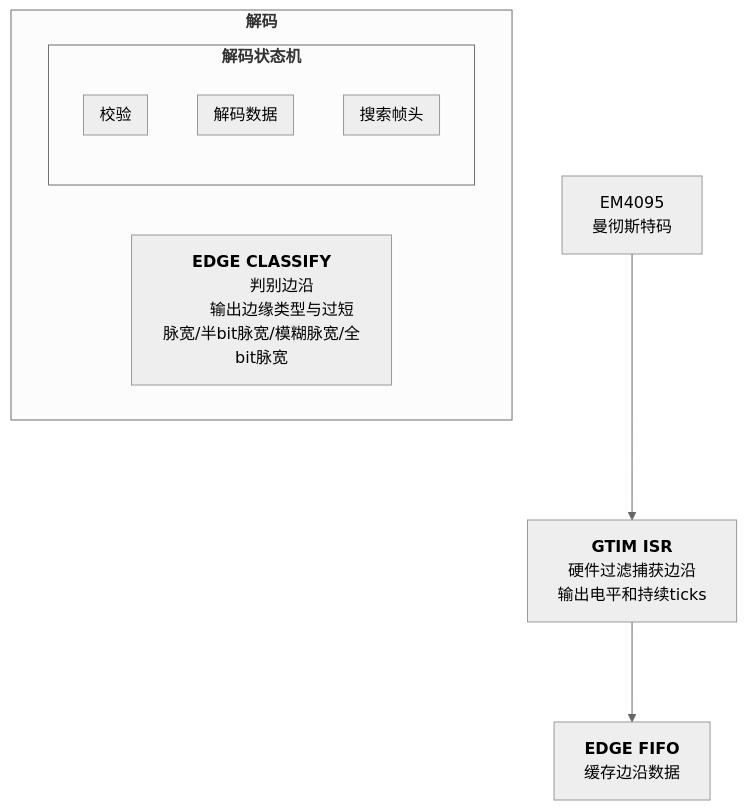
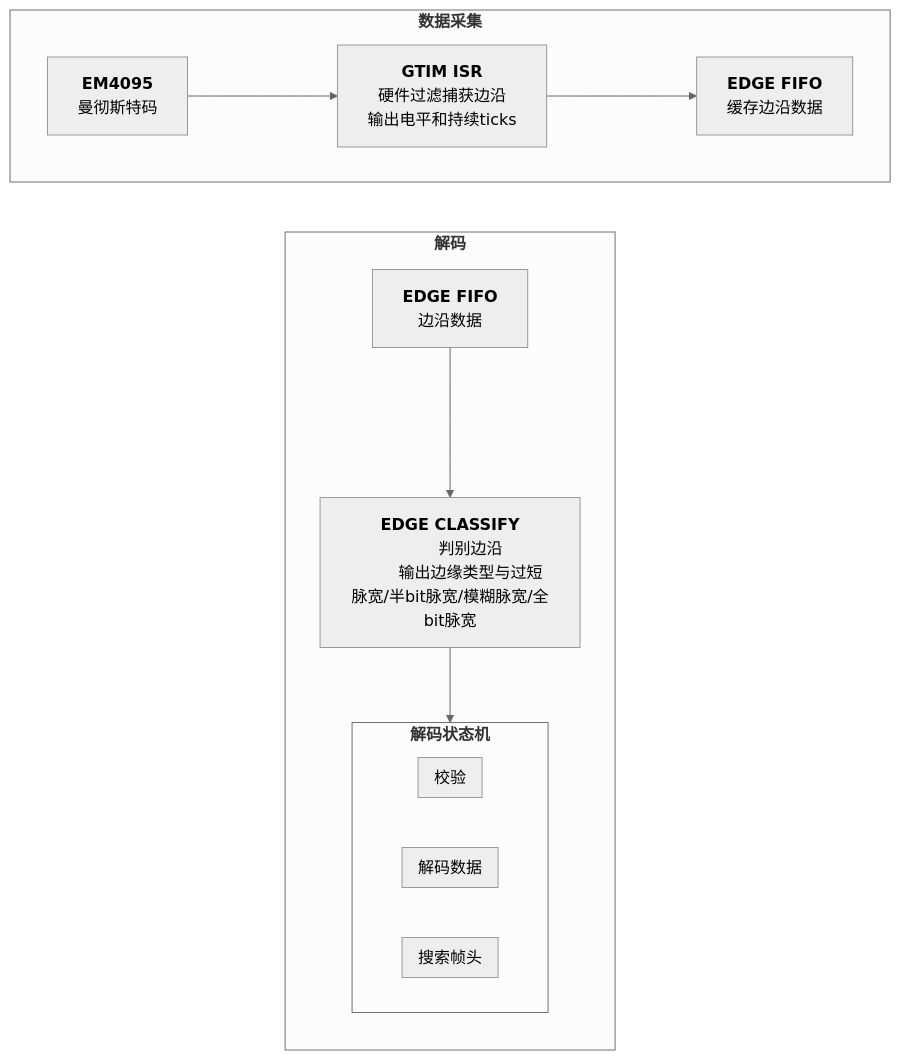
Before and after one commit to Siaiai/ObsidianNote: the seventh of 7 diagrams in 工作/[[SR3读卡器]]/260804SR3框架整理.md, drawn with Mermaid (neutral theme). The commit also changed 2 other files, not shown here.

Commit message:
[自动]笔记同步:2026-08-05 15:41:16 涉及文件个数:3
Affected files:
.obsidian/workspace.json
工作/[[SR3读卡器]]/260804SR3框架整理.md
输出/SR3读卡器/EM4095详解.md

````diff
--- a/工作/[[SR3读卡器]]/260804SR3框架整理.md
+++ b/工作/[[SR3读卡器]]/260804SR3框架整理.md
@@ -310,29 +310,38 @@
  ```mermaid
- flowchart
-	 
-	DEMOD_OUT["`EM4095
-	曼彻斯特码`"]
-	GTIM["`**GTIM ISR**
-	硬件过滤捕获边沿
-	输出电平和持续ticks`"]
-	EDGEFIFO["`**EDGE FIFO**
-	缓存边沿数据`"]
-	DEMOD_OUT ---> GTIM
-	GTIM ---> EDGEFIFO
+ flowchart TB
+	subgraph COLLECT["`**数据采集**`"]
+		DEMOD_OUT["`**EM4095**
+		曼彻斯特码`"]
+		GTIM["`**GTIM ISR**
+		硬件过滤捕获边沿
+		输出电平和持续ticks`"]
+		EDGEFIFO_1["`**EDGE FIFO**
+		缓存边沿数据`"]
+		DEMOD_OUT ---> GTIM
+		GTIM ---> EDGEFIFO_1
+	end
+	
 	subgraph DECODE["`**解码**`"]
+		direction TB
+		EDGEFIFO_2["`**EDGE FIFO**
+		边沿数据`"]
+	
 		EDGE_CLASSIFY["`**EDGE CLASSIFY**
 		判别边沿
 		输出边缘类型与过短脉宽/半bit脉宽/模糊脉宽/全bit脉宽`"]
 		
 		subgraph STATE_MACHINE["`**解码状态机**`"]
 			subgraph SEEK["`搜索帧头`"]
 			end
 			subgraph RECEIVE["`解码数据`"]
 			end
 			subgraph VERIFY["`校验`"]
 			end
 		end
+		
+		EDGEFIFO_2 ---> EDGE_CLASSIFY
+		EDGE_CLASSIFY --> STATE_MACHINE
 	end
 
-	
+	COLLECT ~~~ DECODE
  ```
````
